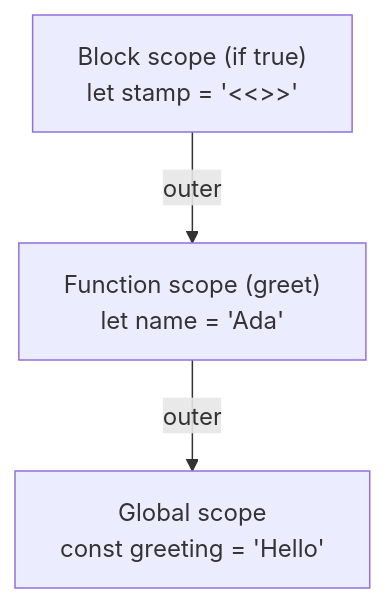
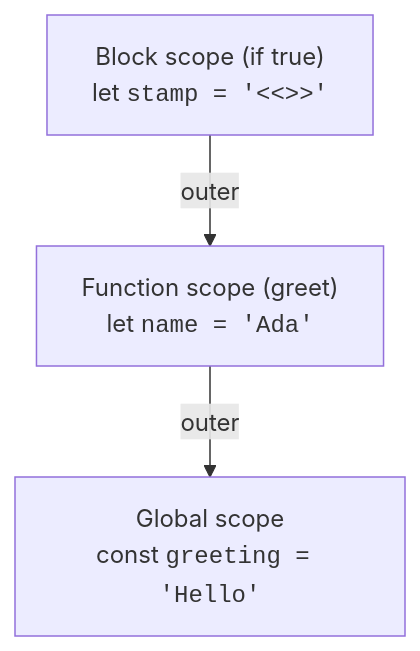
Before and after one commit to dataslope/dataslope: the diagram in content/learn/beginners-javascript/scope-and-scope-chain.mdx, drawn with Mermaid. The commit also changed 218 other files, not shown here.

First line of the commit message:
Render code-only mermaid shapes in monospace; convert step sequences to Steps (#467)

````diff
--- a/content/learn/beginners-javascript/scope-and-scope-chain.mdx
+++ b/content/learn/beginners-javascript/scope-and-scope-chain.mdx
@@ -82,7 +82,7 @@
 ```mermaid
 flowchart TB
-    G["Global scope<br/>const greeting = 'Hello'"]
-    F["Function scope (greet)<br/>let name = 'Ada'"]
-    B["Block scope (if true)<br/>let stamp = '<<>>'"]
+    G["Global scope<br/>const <code>greeting = 'Hello'</code>"]
+    F["Function scope (greet)<br/>let <code>name = 'Ada'</code>"]
+    B["Block scope (if true)<br/>let <code>stamp = '&lt;&lt;&gt;&gt;'</code>"]
     B -->|outer| F -->|outer| G
 ```
````
